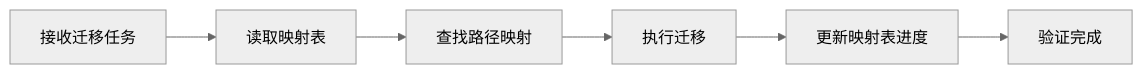
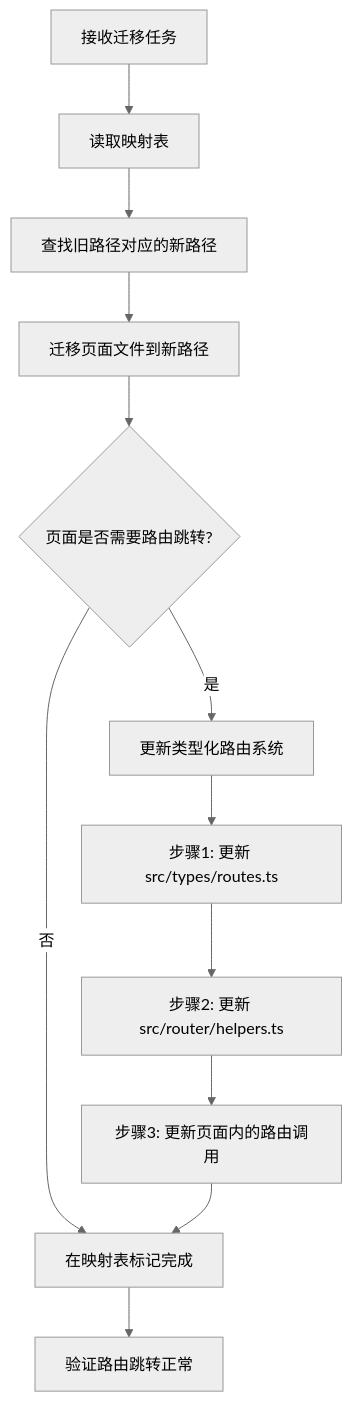
One commit to nwt-q/001-Smart-Community changed the diagram in .claude/agents/route-migration.md. Above: the diagram before and after it, drawn with Mermaid (neutral theme). The commit also changed other lines of this file and 1 other file, not shown here.

````diff
--- a/.claude/agents/route-migration.md
+++ b/.claude/agents/route-migration.md
@@ -641,8 +1008,14 @@
 ```mermaid
-graph LR
+graph TD
     A[接收迁移任务] --> B[读取映射表]
-    B --> C[查找路径映射]
-    C --> D[执行迁移]
-    D --> E[更新映射表进度]
-    E --> F[验证完成]
+    B --> C[查找旧路径对应的新路径]
+    C --> D[迁移页面文件到新路径]
+    D --> E{页面是否需要路由跳转?}
+    E -->|是| F[更新类型化路由系统]
+    E -->|否| J[完成]
+    F --> G[步骤1: 更新 src/types/routes.ts]
+    G --> H[步骤2: 更新 src/router/helpers.ts]
+    H --> I[步骤3: 更新页面内的路由调用]
+    I --> J[在映射表标记完成]
+    J --> K[验证路由跳转正常]
 ```
````
